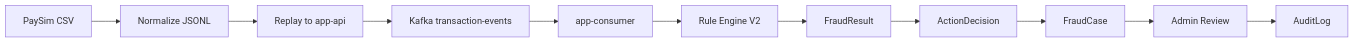
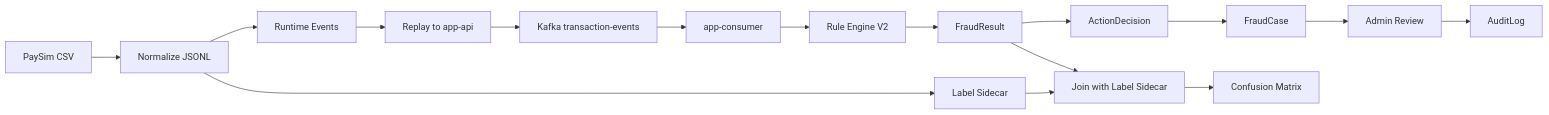
One commit to dlsrnjs125/Real-Time-Fraud-Event-Streaming-System changed the diagram in docs/29-v2-result-evidence.md. Above: the diagram before and after it, drawn with Mermaid. The commit also changed other lines of this file and 10 other files, not shown here.

````diff
--- a/docs/29-v2-result-evidence.md
+++ b/docs/29-v2-result-evidence.md
@@ -29,13 +29,18 @@
 ```mermaid
 flowchart LR
     A[PaySim CSV] --> B[Normalize JSONL]
-    B --> C[Replay to app-api]
-    C --> D[Kafka transaction-events]
+    B --> L[Label Sidecar]
+    B --> C[Runtime Events]
+    C --> R[Replay to app-api]
+    R --> D[Kafka transaction-events]
     D --> E[app-consumer]
     E --> F[Rule Engine V2]
     F --> G[FraudResult]
     G --> H[ActionDecision]
     H --> I[FraudCase]
     I --> J[Admin Review]
     J --> K[AuditLog]
+    G --> M[Join with Label Sidecar]
+    L --> M
+    M --> N[Confusion Matrix]
 ```
````
